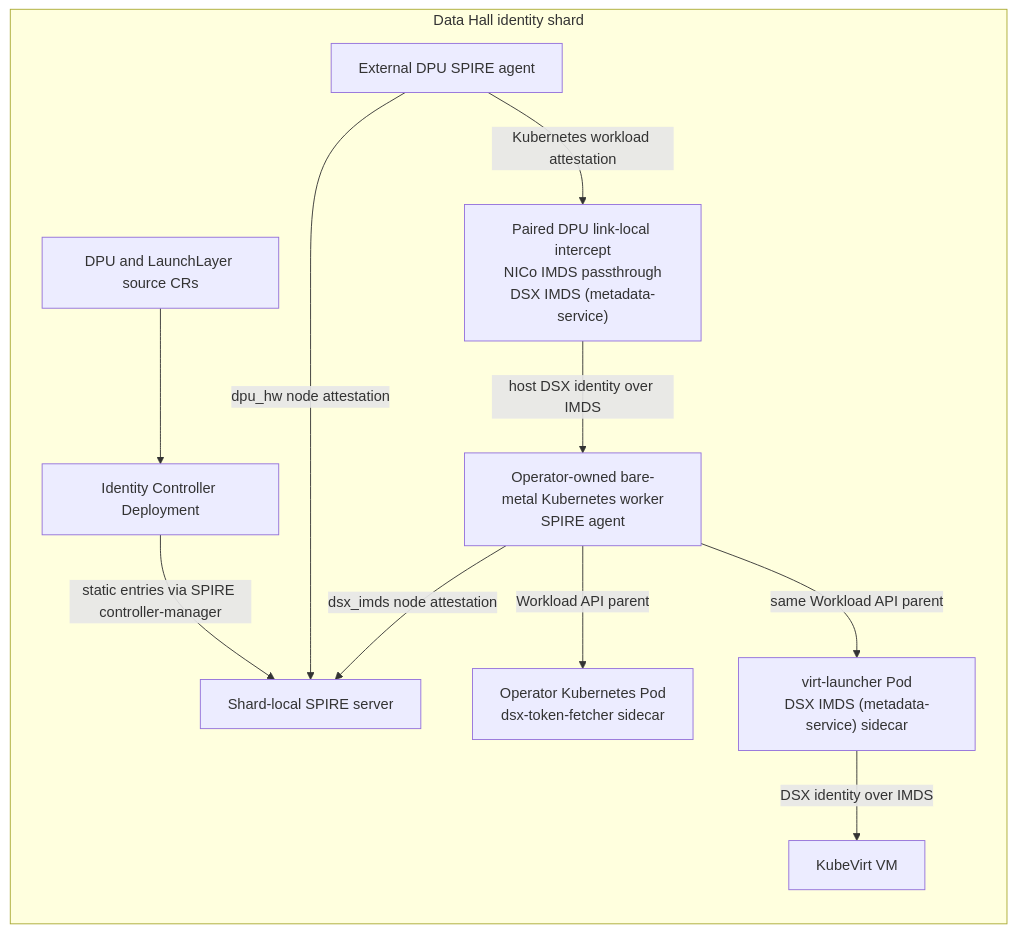
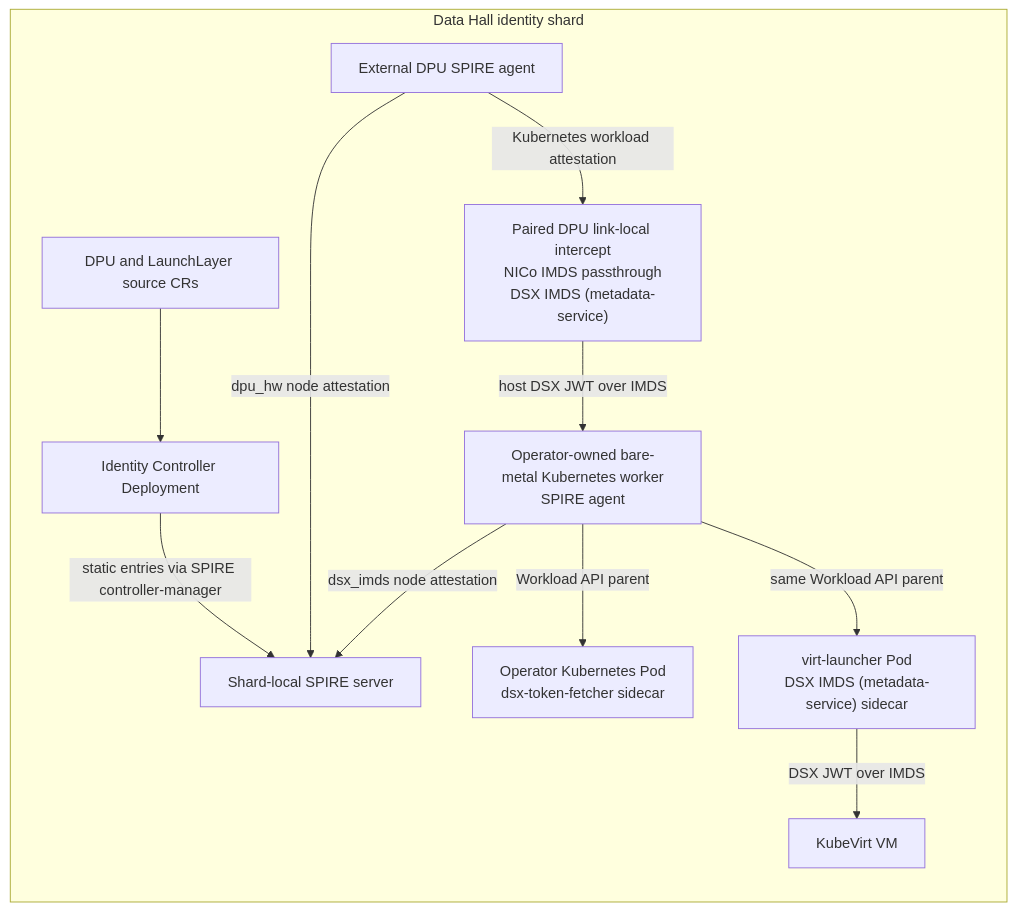
The first of 4 diagrams in README.md (dsx-ai-factory/nvidia-workload-identity), drawn with Mermaid before and after one commit. The commit also changed other lines of this file and 41 other files, not shown here.

````diff
--- a/README.md
+++ b/README.md
@@ -95,25 +97,25 @@
 ```mermaid
 flowchart TB
   subgraph Shard["Data Hall identity shard"]
     direction TB
     Sources["DPU and LaunchLayer source CRs"]
     Controller["Identity Controller Deployment"]
     SPIRE["Shard-local SPIRE server"]
     DPU["External DPU SPIRE agent"]
     MDS["Paired DPU link-local intercept<br/>NICo IMDS passthrough<br/>DSX IMDS (metadata-service)"]
     Host["Operator-owned bare-metal Kubernetes worker<br/>SPIRE agent"]
     Pod["Operator Kubernetes Pod<br/>dsx-token-fetcher sidecar"]
     VMHost["virt-launcher Pod<br/>DSX IMDS (metadata-service) sidecar"]
     VM["KubeVirt VM"]
 
     Sources --> Controller
     Controller -->|"static entries via SPIRE controller-manager"| SPIRE
     DPU -->|"dpu_hw node attestation"| SPIRE
     DPU -->|"Kubernetes workload attestation"| MDS
-    MDS -->|"host DSX identity over IMDS"| Host
+    MDS -->|"host DSX JWT over IMDS"| Host
     Host -->|"dsx_imds node attestation"| SPIRE
     Host -->|"Workload API parent"| Pod
     Host -->|"same Workload API parent"| VMHost
-    VMHost -->|"DSX identity over IMDS"| VM
+    VMHost -->|"DSX JWT over IMDS"| VM
   end
 ```
````
